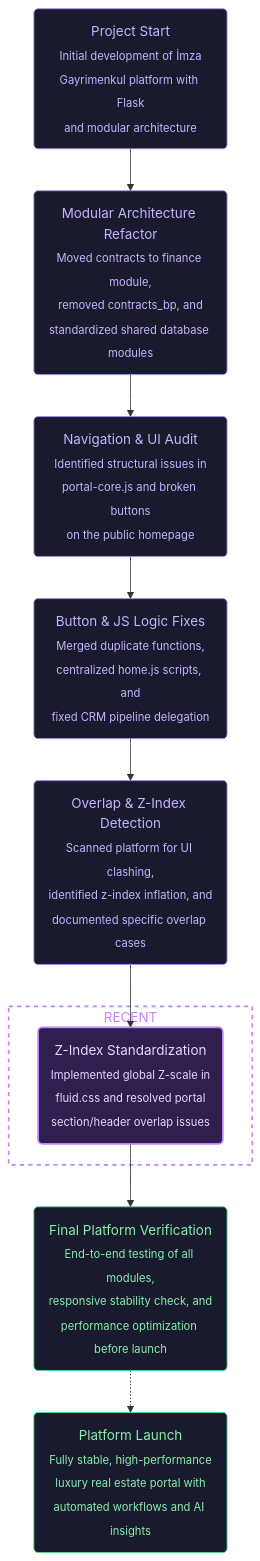
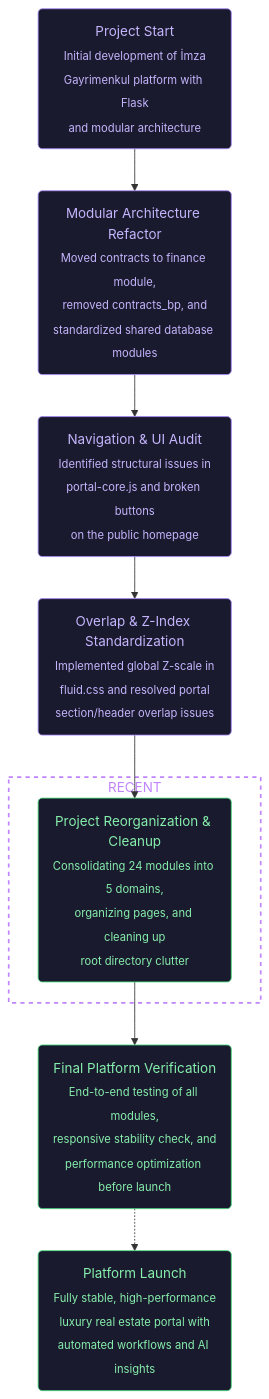
The diagram in vizvibe.mmd (ramosis/imzagyo), drawn with Mermaid before and after one commit.

Commit message:
chore: checkpoint before root cleanup - Aşama 1 başlangıcı

```diff
--- a/vizvibe.mmd
+++ b/vizvibe.mmd
@@ -1,64 +1,59 @@
 flowchart TD
     %% === PROJECT GOALS ===
     %% Ultimate Goal: Build a premium, high-performance real estate portal and public website for İmza Gayrimenkul with modular backend and luxury UI.
-    %% Current Goal: Maintain UI stability and proceed to final platform verification.
+    %% Current Goal: Reorganize project architecture to eliminate clutter and improve maintainability.
 
     %% === START ===
     %% @project_start [start, closed, 2026-04-25, antigravity]
     project_start("Project Start<br/><sub>Initial development of İmza<br/>Gayrimenkul platform with Flask<br/>and modular architecture</sub>")
 
     %% @ultimate_goal [end, opened, 2026-04-25, antigravity]
     ultimate_goal("Platform Launch<br/><sub>Fully stable, high-performance<br/>luxury real estate portal with<br/>automated workflows and AI insights</sub>")
 
     %% === COMPLETED WORK ===
     %% @modular_refactor [ai-task, closed, 2026-04-25, antigravity]
     modular_refactor("Modular Architecture Refactor<br/><sub>Moved contracts to finance module,<br/>removed contracts_bp, and<br/>standardized shared database modules</sub>")
 
     %% @ui_audit_phase [ai-task, closed, 2026-04-25, antigravity]
     ui_audit_phase("Navigation & UI Audit<br/><sub>Identified structural issues in<br/>portal-core.js and broken buttons<br/>on the public homepage</sub>")
 
-    %% @button_fixes [ai-task, closed, 2026-04-25, antigravity]
-    button_fixes("Button & JS Logic Fixes<br/><sub>Merged duplicate functions,<br/>centralized home.js scripts, and<br/>fixed CRM pipeline delegation</sub>")
-
-    %% @overlap_detection [ai-task, closed, 2026-04-25, antigravity]
-    overlap_detection("Overlap & Z-Index Detection<br/><sub>Scanned platform for UI clashing,<br/>identified z-index inflation, and<br/>documented specific overlap cases</sub>")
-
-    %% @z_index_standardization [ai-task, closed, 2026-04-25, antigravity]
-    z_index_standardization("Z-Index Standardization<br/><sub>Implemented global Z-scale in<br/>fluid.css and resolved portal<br/>section/header overlap issues</sub>")
+    %% @overlap_standardization [ai-task, closed, 2026-04-25, antigravity]
+    overlap_standardization("Overlap & Z-Index Standardization<br/><sub>Implemented global Z-scale in<br/>fluid.css and resolved portal<br/>section/header overlap issues</sub>")
 
     %% === FUTURE WORK ===
+    %% @project_cleanup [ai-task, opened, 2026-04-25, antigravity]
+    project_cleanup("Project Reorganization & Cleanup<br/><sub>Consolidating 24 modules into 5 domains,<br/>organizing pages, and cleaning up<br/>root directory clutter</sub>")
+
     %% @final_platform_verification [ai-task, opened, 2026-04-25, antigravity]
     final_platform_verification("Final Platform Verification<br/><sub>End-to-end testing of all modules,<br/>responsive stability check, and<br/>performance optimization before launch</sub>")
 
     %% === CONNECTIONS ===
     project_start --> modular_refactor
     modular_refactor --> ui_audit_phase
-    ui_audit_phase --> button_fixes
-    button_fixes --> overlap_detection
-    overlap_detection --> z_index_standardization
-    z_index_standardization --> final_platform_verification
+    ui_audit_phase --> overlap_standardization
+    overlap_standardization --> project_cleanup
+    project_cleanup --> final_platform_verification
     final_platform_verification -.-> ultimate_goal
 
     %% === RECENT WORK HIGHLIGHT ===
     subgraph recent [RECENT]
-        z_index_standardization
+        project_cleanup
     end
 
     %% === STYLES ===
     %% Closed tasks (soft purple)
     style project_start fill:#1a1a2e,stroke:#a78bfa,color:#c4b5fd,stroke-width:1px
     style modular_refactor fill:#1a1a2e,stroke:#a78bfa,color:#c4b5fd,stroke-width:1px
     style ui_audit_phase fill:#1a1a2e,stroke:#a78bfa,color:#c4b5fd,stroke-width:1px
-    style button_fixes fill:#1a1a2e,stroke:#a78bfa,color:#c4b5fd,stroke-width:1px
-    style overlap_detection fill:#1a1a2e,stroke:#a78bfa,color:#c4b5fd,stroke-width:1px
-    style z_index_standardization fill:#1a1a2e,stroke:#a78bfa,color:#c4b5fd,stroke-width:1px
+    style overlap_standardization fill:#1a1a2e,stroke:#a78bfa,color:#c4b5fd,stroke-width:1px
 
     %% Recent node (highlighted purple)
-    style z_index_standardization fill:#2d1f4e,stroke:#c084fc,color:#e9d5ff,stroke-width:2px
+    style project_cleanup fill:#2d1f4e,stroke:#c084fc,color:#e9d5ff,stroke-width:2px
 
     %% Recent subgraph (dashed border)
     style recent fill:transparent,stroke:#c084fc,color:#c084fc,stroke-width:2px,stroke-dasharray:5 5
 
     %% Open tasks (soft green)
     style ultimate_goal fill:#1a1a2e,stroke:#4ade80,color:#86efac,stroke-width:1px
+    style project_cleanup fill:#1a1a2e,stroke:#4ade80,color:#86efac,stroke-width:1px
     style final_platform_verification fill:#1a1a2e,stroke:#4ade80,color:#86efac,stroke-width:1px
```
